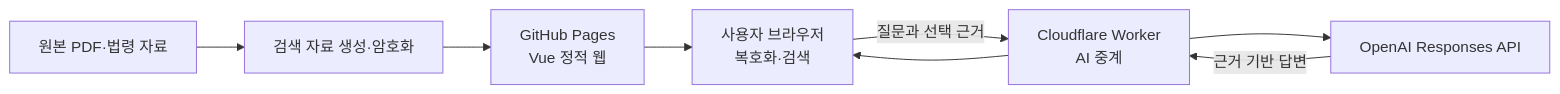
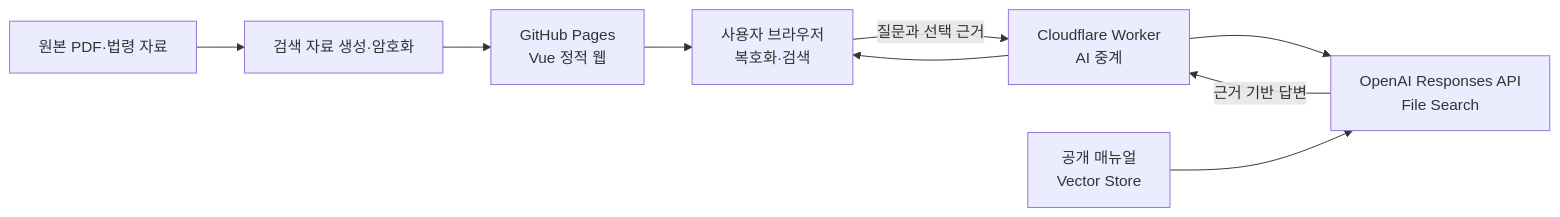
The diagram in docs/서비스_구조와_사용_안내.md (ygchoi77/mep-evidence-search), drawn with Mermaid before and after one commit. The commit also changed other lines of this file and 15 other files, not shown here.

````diff
--- a/docs/서비스_구조와_사용_안내.md
+++ b/docs/서비스_구조와_사용_안내.md
@@ -26,10 +26,11 @@
 ```mermaid
 flowchart LR
     A["원본 PDF·법령 자료"] --> B["검색 자료 생성·암호화"]
     B --> C["GitHub Pages<br/>Vue 정적 웹"]
     C --> D["사용자 브라우저<br/>복호화·검색"]
     D -->|"질문과 선택 근거"| E["Cloudflare Worker<br/>AI 중계"]
-    E --> F["OpenAI Responses API"]
+    E --> F["OpenAI Responses API<br/>File Search"]
+    G["공개 매뉴얼<br/>Vector Store"] --> F
     F -->|"근거 기반 답변"| E
     E --> D
 ```
````
